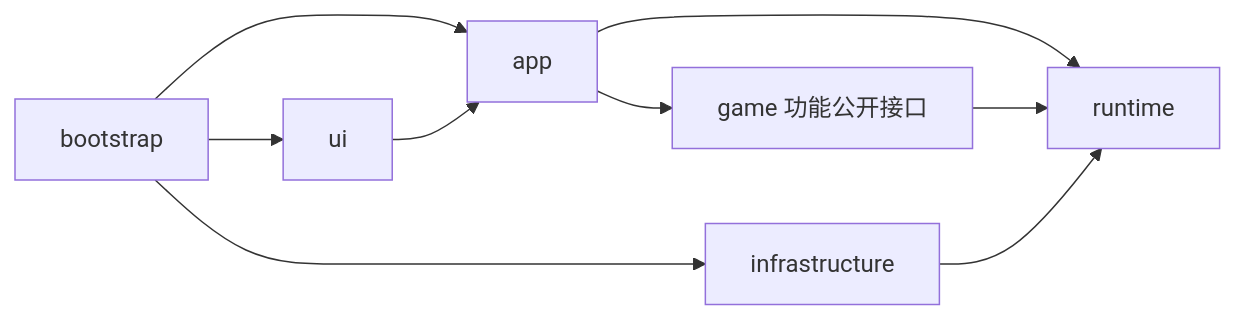
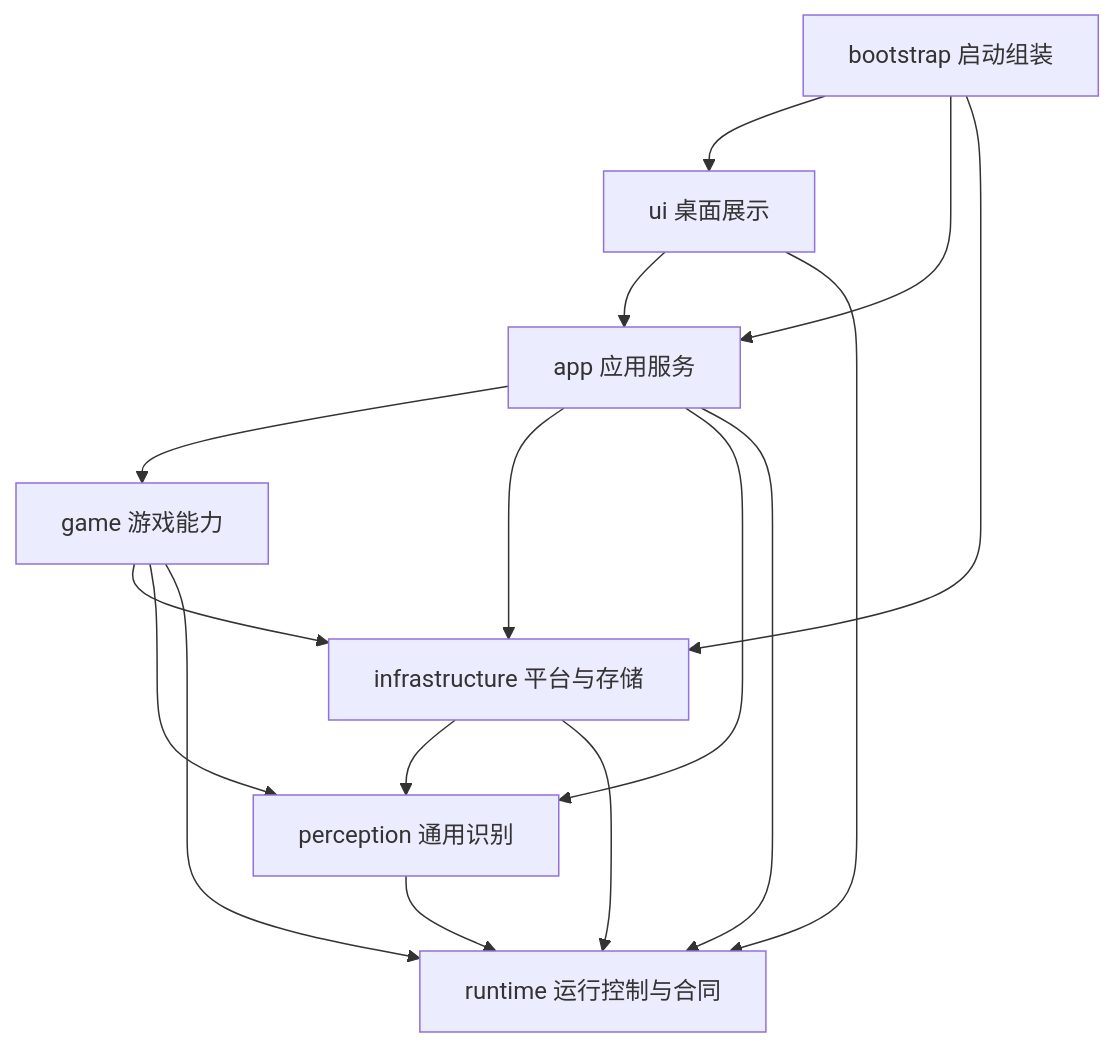
Before and after one commit to Syriii/browndust2-auto-fishing: the first of 2 diagrams in docs/design/architecture.md, drawn with Mermaid. The commit also changed other lines of this file and 25 other files, not shown here.

````diff
--- a/docs/design/architecture.md
+++ b/docs/design/architecture.md
@@ -86,11 +17,18 @@
 ```mermaid
-flowchart LR
-    B[bootstrap] --> U[ui]
-    B --> A[app]
-    B --> I[infrastructure]
+flowchart TD
+    B[bootstrap 启动组装] --> U[ui 桌面展示]
+    B --> A[app 应用服务]
+    B --> I[infrastructure 平台与存储]
     U --> A
-    A --> G[game 功能公开接口]
-    A --> R[runtime]
+    U --> R[runtime 运行控制与合同]
+    A --> G[game 游戏能力]
+    A --> I
+    A --> P[perception 通用识别]
+    A --> R
+    G --> I
+    G --> P
     G --> R
+    I --> P
     I --> R
+    P --> R
 ```
````
